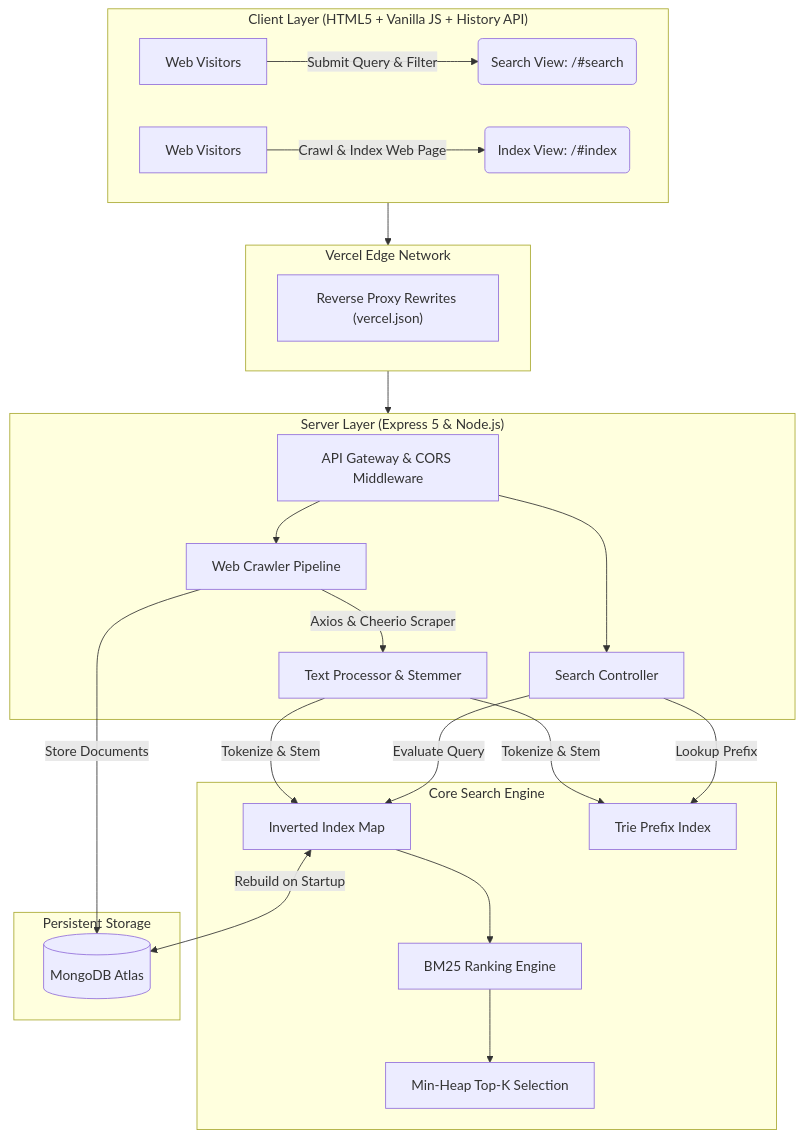
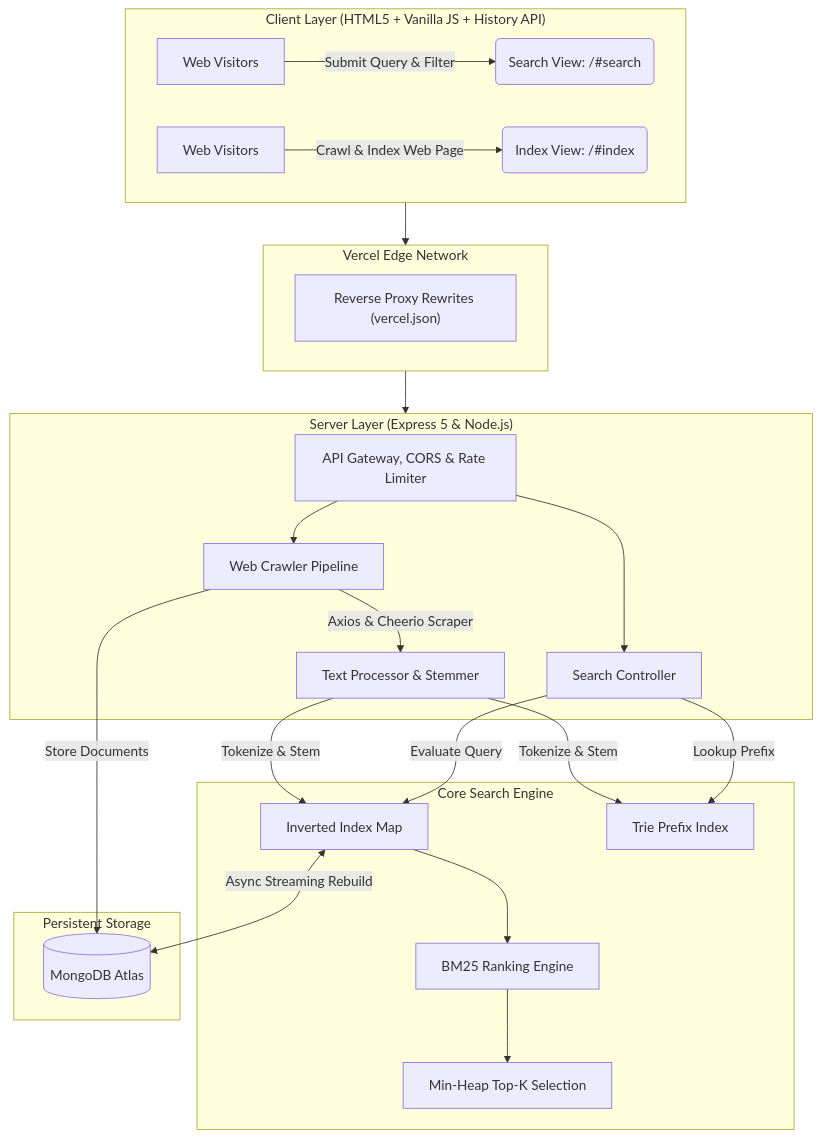
Before and after one commit to kalpitagrawal/NexusSearch: the diagram in README.md, drawn with Mermaid. The commit also changed other lines of this file and 28 other files, not shown here.

````diff
--- a/README.md
+++ b/README.md
@@ -71,38 +69,38 @@
 ```mermaid
 flowchart TD
     subgraph Client ["Client Layer (HTML5 + Vanilla JS + History API)"]
         A[Web Visitors] -->|Submit Query & Filter| B(Search View: /#search)
         C[Web Visitors] -->|Crawl & Index Web Page| D(Index View: /#index)
     end
 
     subgraph CDN ["Vercel Edge Network"]
         SPA["Reverse Proxy Rewrites (vercel.json)"]
     end
 
     subgraph Backend ["Server Layer (Express 5 & Node.js)"]
-        E[API Gateway & CORS Middleware]
+        E[API Gateway, CORS & Rate Limiter]
         F[Search Controller]
         G[Web Crawler Pipeline]
         H[Text Processor & Stemmer]
     end
 
     subgraph Engine ["Core Search Engine"]
         I[Inverted Index Map<token, PostingList>]
         J[Trie Prefix Index]
         K[BM25 Ranking Engine]
         L[Min-Heap Top-K Selection]
     end
 
     subgraph Database ["Persistent Storage"]
         M[(MongoDB Atlas)]
     end
 
     Client --> CDN --> Backend
     E --> F & G
     G -->|Axios & Cheerio Scraper| H
     H -->|Tokenize & Stem| I & J
     F -->|Lookup Prefix| J
     F -->|Evaluate Query| I --> K --> L
     G -->|Store Documents| M
-    I <-->|Rebuild on Startup| M
+    I <-->|Async Streaming Rebuild| M
 ```
````
